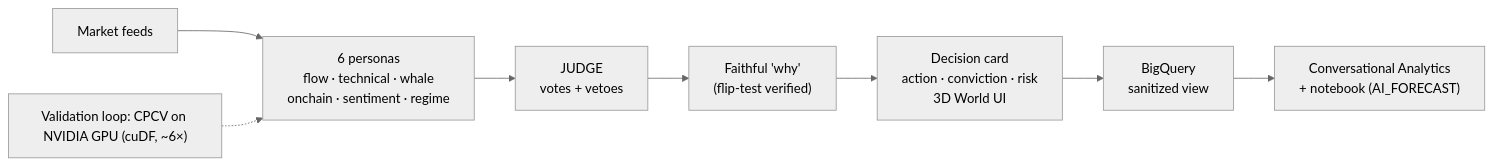
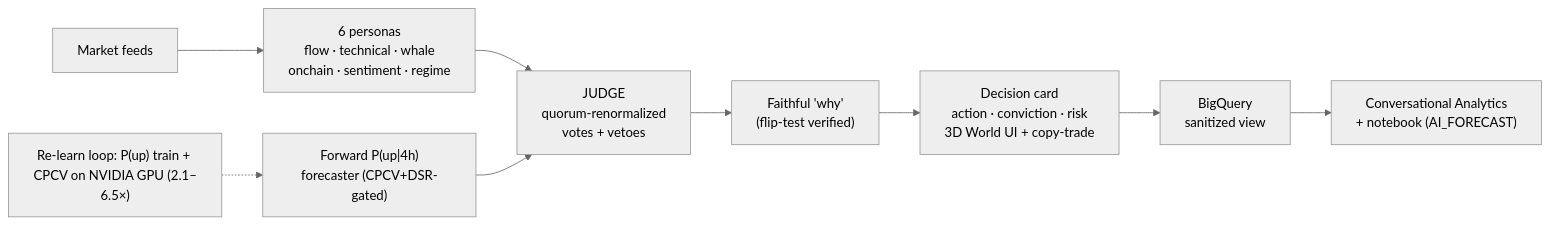
One commit to JannetEkka/smt-apac changed the second of 2 diagrams in docs/ARCHITECTURE.md. Above: the diagram before and after it, drawn with Mermaid (neutral theme). The commit also changed other lines of this file and 5 other files, not shown here.

````diff
--- a/docs/ARCHITECTURE.md
+++ b/docs/ARCHITECTURE.md
@@ -23,10 +23,11 @@
 ```mermaid
 flowchart LR
     F["Market feeds"] --> P["6 personas<br/>flow · technical · whale<br/>onchain · sentiment · regime"]
-    P --> J["JUDGE<br/>votes + vetoes"]
+    P --> J["JUDGE<br/>quorum-renormalized<br/>votes + vetoes"]
+    FC["Forward P(up|4h)<br/>forecaster (CPCV+DSR-gated)"] --> J
     J --> W["Faithful 'why'<br/>(flip-test verified)"]
-    W --> D["Decision card<br/>action · conviction · risk<br/>3D World UI"]
+    W --> D["Decision card<br/>action · conviction · risk<br/>3D World UI + copy-trade"]
     D --> B["BigQuery<br/>sanitized view"]
     B --> A["Conversational Analytics<br/>+ notebook (AI_FORECAST)"]
-    V["Validation loop: CPCV on NVIDIA GPU (cuDF, ~6×)"] -.-> P
+    V["Re-learn loop: P(up) train + CPCV on NVIDIA GPU (2.1–6.5×)"] -.-> FC
 ```
````
